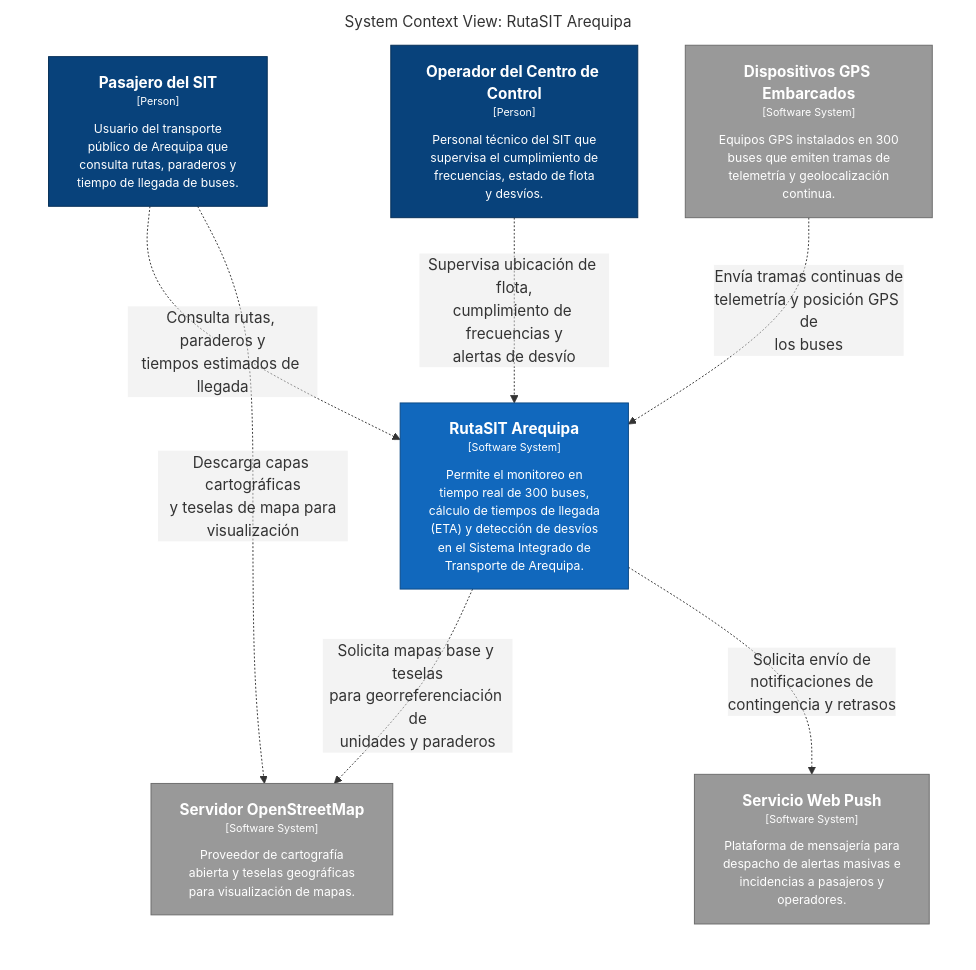
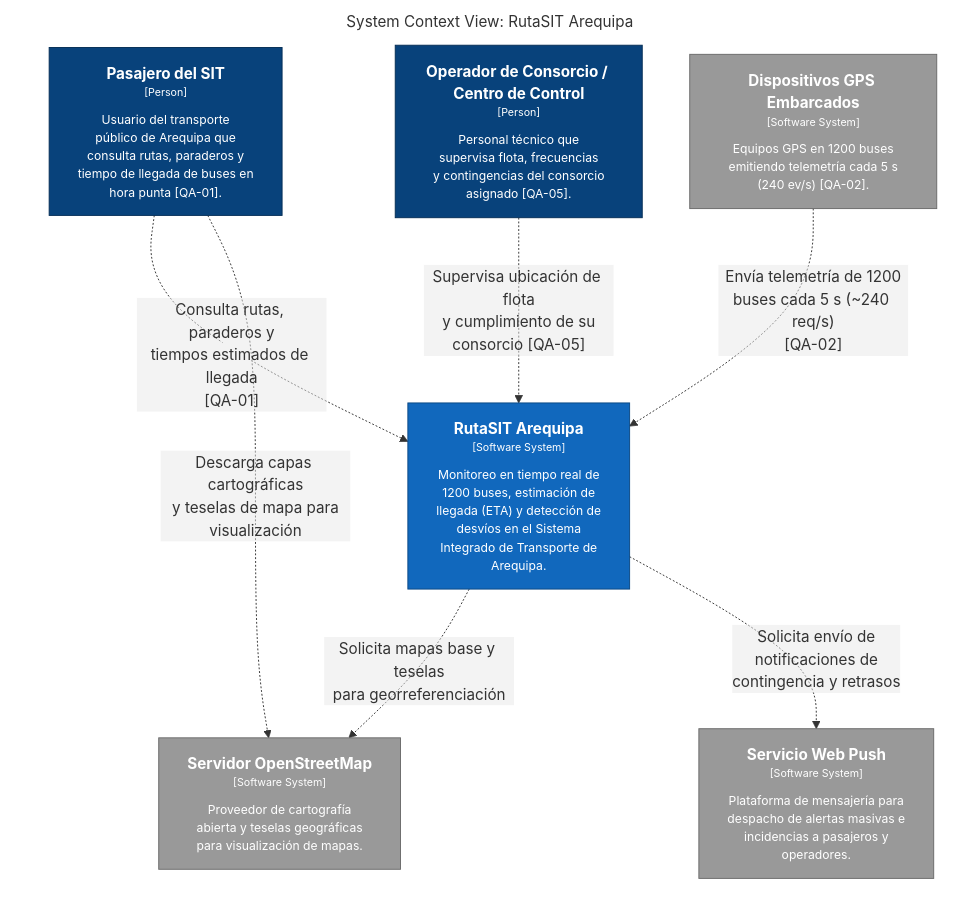
The diagram in docs/architecture/c4/export/structurizr-Contexto.mmd (AndersonLinoArceValencia/cs-2026b-lab04-grupo06), drawn with Mermaid before and after one commit. The commit also changed 8 other files, not shown here.

```diff
--- a/docs/architecture/c4/export/structurizr-Contexto.mmd
+++ b/docs/architecture/c4/export/structurizr-Contexto.mmd
@@ -1,27 +1,27 @@
 graph LR
   linkStyle default fill:#ffffff
 
   subgraph diagram ["System Context View: RutaSIT Arequipa"]
     style diagram fill:#ffffff,stroke:#ffffff
 
-    1["<div style='font-weight: bold'>Pasajero del SIT</div><div style='font-size: 70%; margin-top: 0px'>[Person]</div><div style='font-size: 80%; margin-top:10px'>Usuario del transporte<br />público de Arequipa que<br />consulta rutas, paraderos y<br />tiempo de llegada de buses.</div>"]
+    1["<div style='font-weight: bold'>Pasajero del SIT</div><div style='font-size: 70%; margin-top: 0px'>[Person]</div><div style='font-size: 80%; margin-top:10px'>Usuario del transporte<br />público de Arequipa que<br />consulta rutas, paraderos y<br />tiempo de llegada de buses en<br />hora punta [QA-01].</div>"]
     style 1 fill:#08427b,stroke:#052e56,color:#ffffff
-    15["<div style='font-weight: bold'>Dispositivos GPS Embarcados</div><div style='font-size: 70%; margin-top: 0px'>[Software System]</div><div style='font-size: 80%; margin-top:10px'>Equipos GPS instalados en 300<br />buses que emiten tramas de<br />telemetría y geolocalización<br />continua.</div>"]
-    style 15 fill:#999999,stroke:#6b6b6b,color:#ffffff
-    16["<div style='font-weight: bold'>Servidor OpenStreetMap</div><div style='font-size: 70%; margin-top: 0px'>[Software System]</div><div style='font-size: 80%; margin-top:10px'>Proveedor de cartografía<br />abierta y teselas geográficas<br />para visualización de mapas.</div>"]
+    16["<div style='font-weight: bold'>Dispositivos GPS Embarcados</div><div style='font-size: 70%; margin-top: 0px'>[Software System]</div><div style='font-size: 80%; margin-top:10px'>Equipos GPS en 1200 buses<br />emitiendo telemetría cada 5 s<br />(240 ev/s) [QA-02].</div>"]
     style 16 fill:#999999,stroke:#6b6b6b,color:#ffffff
-    17["<div style='font-weight: bold'>Servicio Web Push</div><div style='font-size: 70%; margin-top: 0px'>[Software System]</div><div style='font-size: 80%; margin-top:10px'>Plataforma de mensajería para<br />despacho de alertas masivas e<br />incidencias a pasajeros y<br />operadores.</div>"]
+    17["<div style='font-weight: bold'>Servidor OpenStreetMap</div><div style='font-size: 70%; margin-top: 0px'>[Software System]</div><div style='font-size: 80%; margin-top:10px'>Proveedor de cartografía<br />abierta y teselas geográficas<br />para visualización de mapas.</div>"]
     style 17 fill:#999999,stroke:#6b6b6b,color:#ffffff
-    2["<div style='font-weight: bold'>Operador del Centro de Control</div><div style='font-size: 70%; margin-top: 0px'>[Person]</div><div style='font-size: 80%; margin-top:10px'>Personal técnico del SIT que<br />supervisa el cumplimiento de<br />frecuencias, estado de flota<br />y desvíos.</div>"]
+    18["<div style='font-weight: bold'>Servicio Web Push</div><div style='font-size: 70%; margin-top: 0px'>[Software System]</div><div style='font-size: 80%; margin-top:10px'>Plataforma de mensajería para<br />despacho de alertas masivas e<br />incidencias a pasajeros y<br />operadores.</div>"]
+    style 18 fill:#999999,stroke:#6b6b6b,color:#ffffff
+    2["<div style='font-weight: bold'>Operador de Consorcio / Centro de Control</div><div style='font-size: 70%; margin-top: 0px'>[Person]</div><div style='font-size: 80%; margin-top:10px'>Personal técnico que<br />supervisa flota, frecuencias<br />y contingencias del consorcio<br />asignado [QA-05].</div>"]
     style 2 fill:#08427b,stroke:#052e56,color:#ffffff
-    3["<div style='font-weight: bold'>RutaSIT Arequipa</div><div style='font-size: 70%; margin-top: 0px'>[Software System]</div><div style='font-size: 80%; margin-top:10px'>Permite el monitoreo en<br />tiempo real de 300 buses,<br />cálculo de tiempos de llegada<br />(ETA) y detección de desvíos<br />en el Sistema Integrado de<br />Transporte de Arequipa.</div>"]
+    3["<div style='font-weight: bold'>RutaSIT Arequipa</div><div style='font-size: 70%; margin-top: 0px'>[Software System]</div><div style='font-size: 80%; margin-top:10px'>Monitoreo en tiempo real de<br />1200 buses, estimación de<br />llegada (ETA) y detección de<br />desvíos en el Sistema<br />Integrado de Transporte de<br />Arequipa.</div>"]
     style 3 fill:#1168bd,stroke:#0b4884,color:#ffffff
 
-    1-. "<div>Consulta rutas, paraderos y<br />tiempos estimados de llegada</div><div style='font-size: 70%'></div>" .->3
-    2-. "<div>Supervisa ubicación de flota,<br />cumplimiento de frecuencias y<br />alertas de desvío</div><div style='font-size: 70%'></div>" .->3
-    15-. "<div>Envía tramas continuas de<br />telemetría y posición GPS de<br />los buses</div><div style='font-size: 70%'></div>" .->3
-    3-. "<div>Solicita mapas base y teselas<br />para georreferenciación de<br />unidades y paraderos</div><div style='font-size: 70%'></div>" .->16
-    3-. "<div>Solicita envío de<br />notificaciones de<br />contingencia y retrasos</div><div style='font-size: 70%'></div>" .->17
-    1-. "<div>Descarga capas cartográficas<br />y teselas de mapa para<br />visualización</div><div style='font-size: 70%'></div>" .->16
+    1-. "<div>Consulta rutas, paraderos y<br />tiempos estimados de llegada<br />[QA-01]</div><div style='font-size: 70%'></div>" .->3
+    2-. "<div>Supervisa ubicación de flota<br />y cumplimiento de su<br />consorcio [QA-05]</div><div style='font-size: 70%'></div>" .->3
+    16-. "<div>Envía telemetría de 1200<br />buses cada 5 s (~240 req/s)<br />[QA-02]</div><div style='font-size: 70%'></div>" .->3
+    3-. "<div>Solicita mapas base y teselas<br />para georreferenciación</div><div style='font-size: 70%'></div>" .->17
+    3-. "<div>Solicita envío de<br />notificaciones de<br />contingencia y retrasos</div><div style='font-size: 70%'></div>" .->18
+    1-. "<div>Descarga capas cartográficas<br />y teselas de mapa para<br />visualización</div><div style='font-size: 70%'></div>" .->17
 
   end
```
